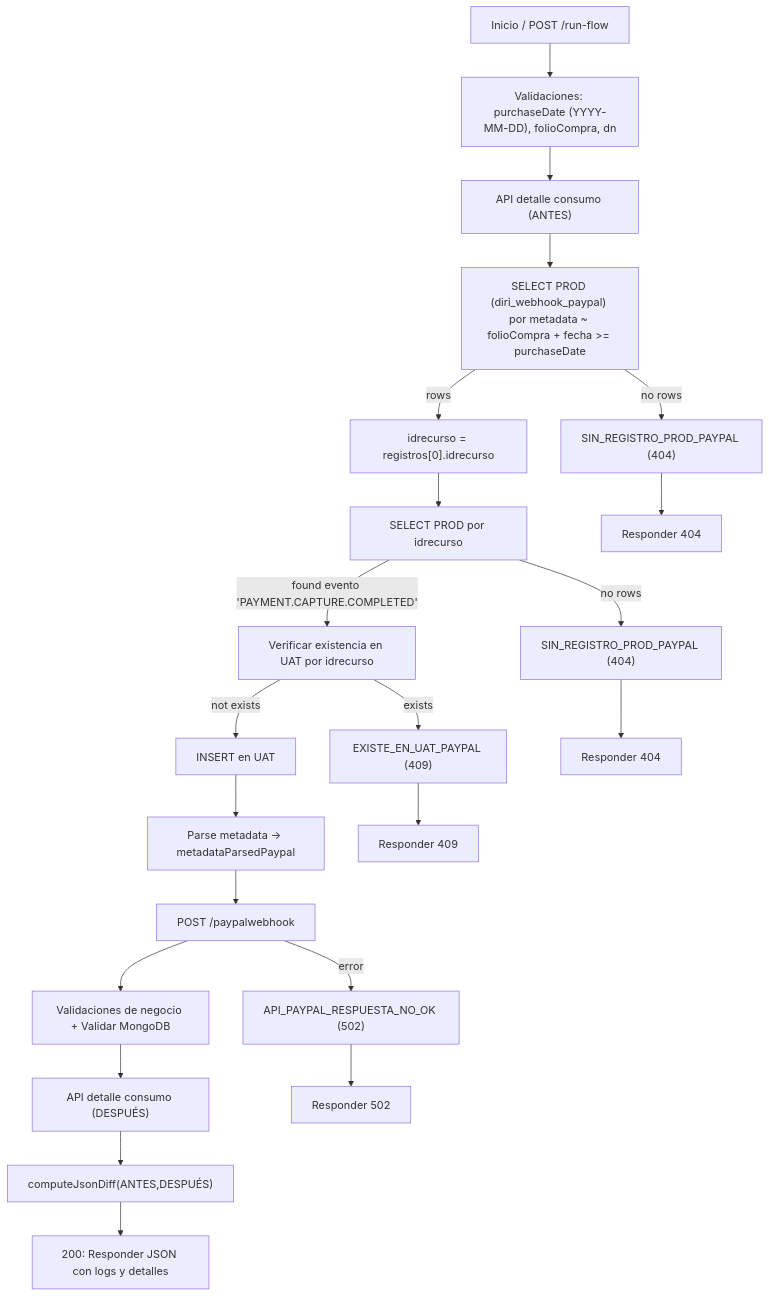
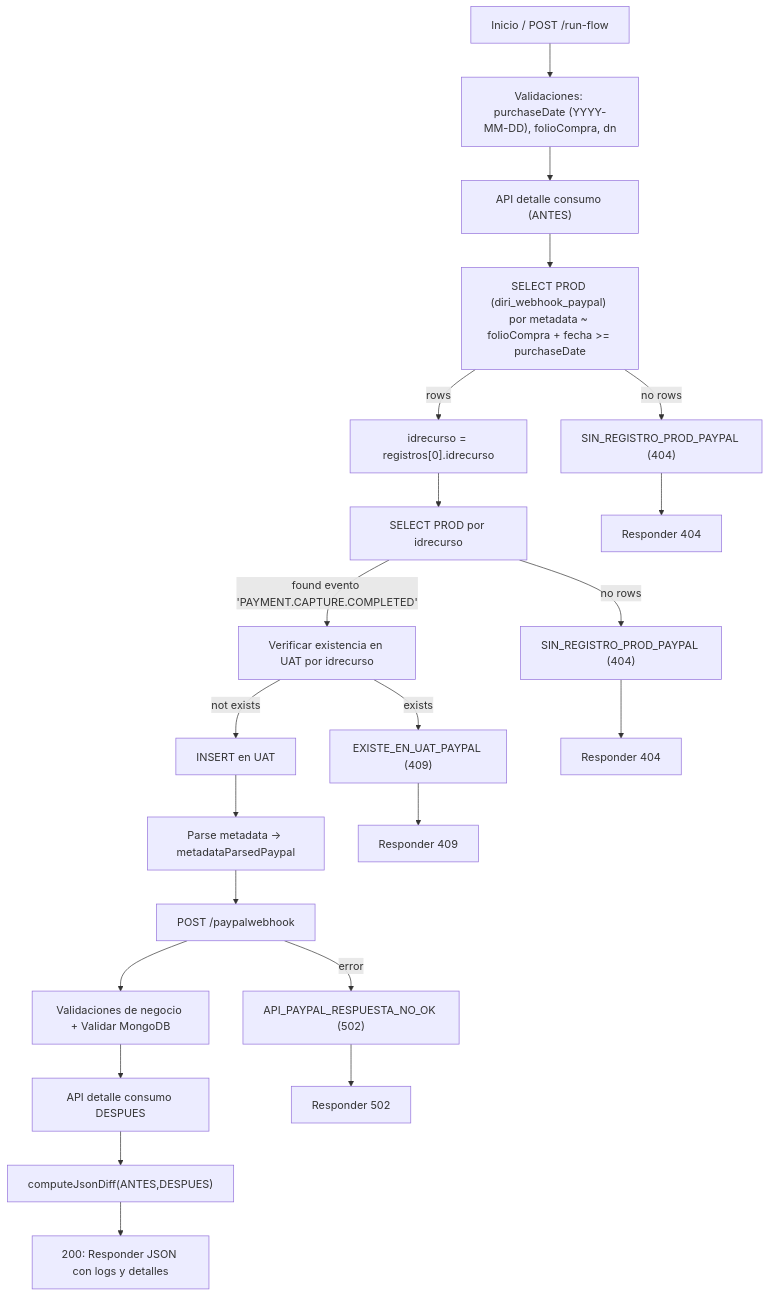
The second of 6 diagrams in README.md (EdgarViOl/QA_Diri), drawn with Mermaid before and after one commit. The commit also changed other lines of this file and 1 other file, not shown here.

Commit message:
Fix a los diagramas

````diff
--- a/README.md
+++ b/README.md
@@ -150,24 +150,24 @@
 ```mermaid
 flowchart TD
   Start["Inicio / POST /run-flow"] --> ValidacionesPP["Validaciones: purchaseDate (YYYY-MM-DD), folioCompra, dn"]
   ValidacionesPP --> ConsumoAntesPP["API detalle consumo (ANTES)"]
   ConsumoAntesPP --> ProdQuery1["SELECT PROD (diri_webhook_paypal) por metadata ~ folioCompra + fecha >= purchaseDate"]
   ProdQuery1 -->|no rows| NoProdPP["SIN_REGISTRO_PROD_PAYPAL (404)"]
   ProdQuery1 -->|rows| ExtractId["idrecurso = registros[0].idrecurso"]
   ExtractId --> ProdQuery2["SELECT PROD por idrecurso"]
   ProdQuery2 -->|no rows| NoProdPP2["SIN_REGISTRO_PROD_PAYPAL (404)"]
   ProdQuery2 -->|found evento 'PAYMENT.CAPTURE.COMPLETED'| VerificarUatPP["Verificar existencia en UAT por idrecurso"]
   VerificarUatPP -->|exists| ExisteUatPP["EXISTE_EN_UAT_PAYPAL (409)"]
   VerificarUatPP -->|not exists| InsertUatPP["INSERT en UAT"]
   InsertUatPP --> ParseMetadataPP["Parse metadata → metadataParsedPaypal"]
   ParseMetadataPP --> CallPaypalAPI["POST /paypalwebhook"]
   CallPaypalAPI -->|error| ApiErrorPP["API_PAYPAL_RESPUESTA_NO_OK (502)"]
   CallPaypalAPI --> ValidacionesNegocioPP["Validaciones de negocio + Validar MongoDB"]
-  ValidacionesNegocioPP --> ConsumoDespuesPP["API detalle consumo (DESPUÉS)"]
-  ConsumoDespuesPP --> ComputeDiffPP["computeJsonDiff(ANTES,DESPUÉS)"]
+  ValidacionesNegocioPP --> ConsumoDespuesPP["API detalle consumo DESPUES"]
+  ConsumoDespuesPP --> ComputeDiffPP["computeJsonDiff(ANTES,DESPUES)"]
   ComputeDiffPP --> ResponsePP["200: Responder JSON con logs y detalles"]
   NoProdPP --> ResponseErrPP1["Responder 404"]
   NoProdPP2 --> ResponseErrPP2["Responder 404"]
   ExisteUatPP --> ResponseErrPP3["Responder 409"]
   ApiErrorPP --> ResponseErrPP4["Responder 502"]
 ```
````
